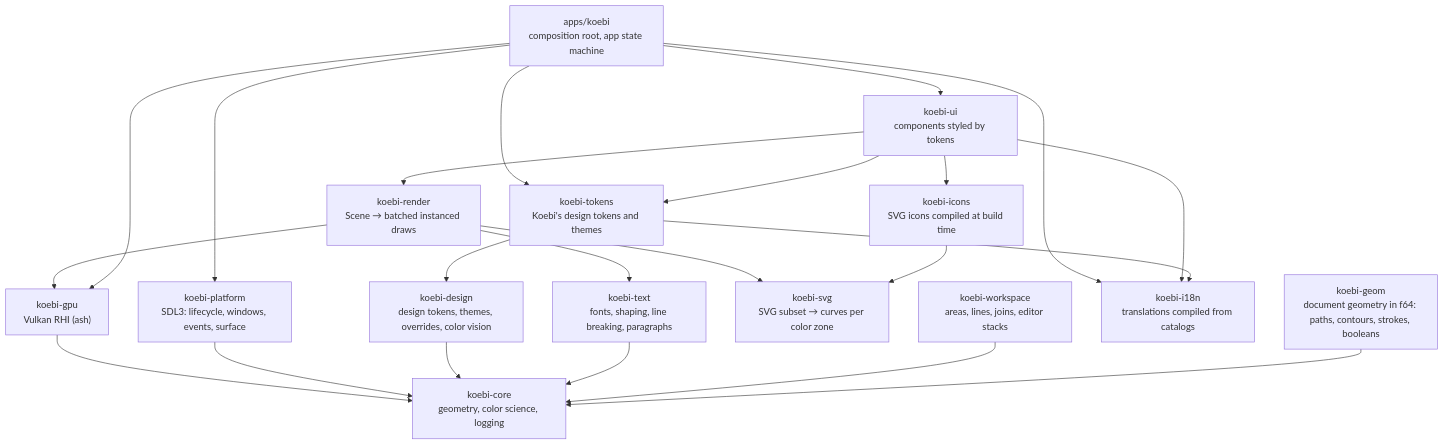
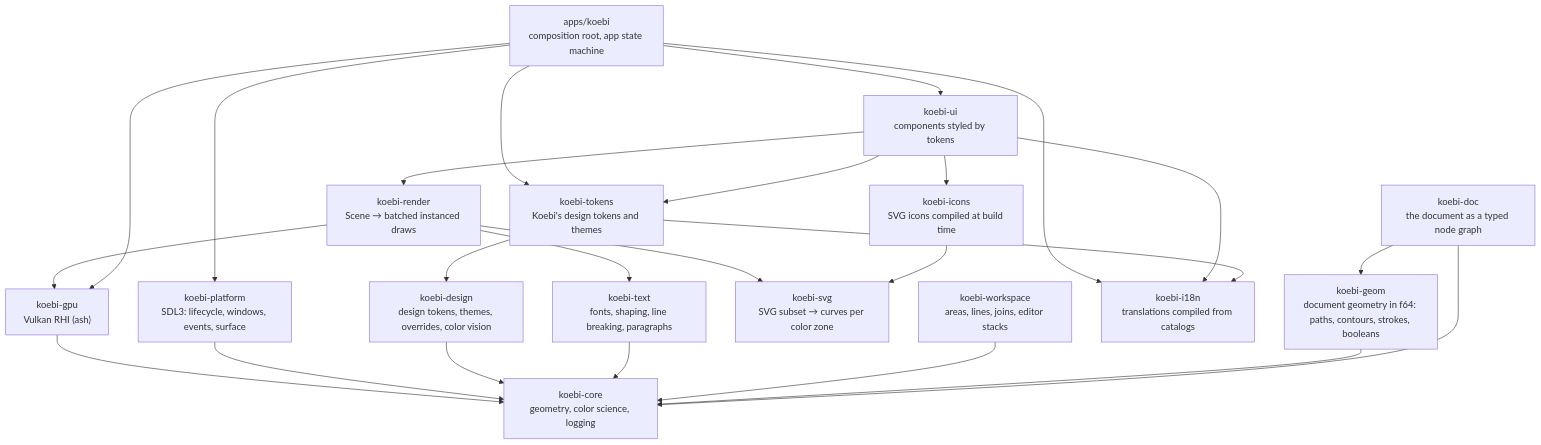
The first of 2 diagrams in docs/architecture/overview.md (Kolosta/Koebi), drawn with Mermaid before and after one commit. The commit also changed other lines of this file and 11 other files, not shown here.

Commit message:
feat(doc): the document as a typed node graph, with links kept when invalid (#269)

````diff
--- a/docs/architecture/overview.md
+++ b/docs/architecture/overview.md
@@ -8,31 +8,34 @@
 ```mermaid
 flowchart TD
     app["apps/koebi<br/>composition root, app state machine"]
     ui["koebi-ui<br/>components styled by tokens"]
     render["koebi-render<br/>Scene → batched instanced draws"]
     gpu["koebi-gpu<br/>Vulkan RHI (ash)"]
     platform["koebi-platform<br/>SDL3: lifecycle, windows, events, surface"]
     tokens["koebi-tokens<br/>Koebi's design tokens and themes"]
     design["koebi-design<br/>design tokens, themes, overrides, color vision"]
     text["koebi-text<br/>fonts, shaping, line breaking, paragraphs"]
     svg["koebi-svg<br/>SVG subset → curves per color zone"]
     icons["koebi-icons<br/>SVG icons compiled at build time"]
     workspace["koebi-workspace<br/>areas, lines, joins, editor stacks"]
     i18n["koebi-i18n<br/>translations compiled from catalogs"]
     geom["koebi-geom<br/>document geometry in f64: paths, contours, strokes, booleans"]
+    doc["koebi-doc<br/>the document as a typed node graph"]
     core["koebi-core<br/>geometry, color science, logging"]
     app --> ui --> render --> gpu --> core
     render --> text
     render --> svg
     ui --> icons --> svg
     app --> platform --> core
     app --> gpu
     app --> tokens
     ui --> tokens --> design --> core
     text --> core
     workspace --> core
     geom --> core
+    doc --> geom
+    doc --> core
     app --> i18n
     ui --> i18n
     tokens --> i18n
 ```
````
